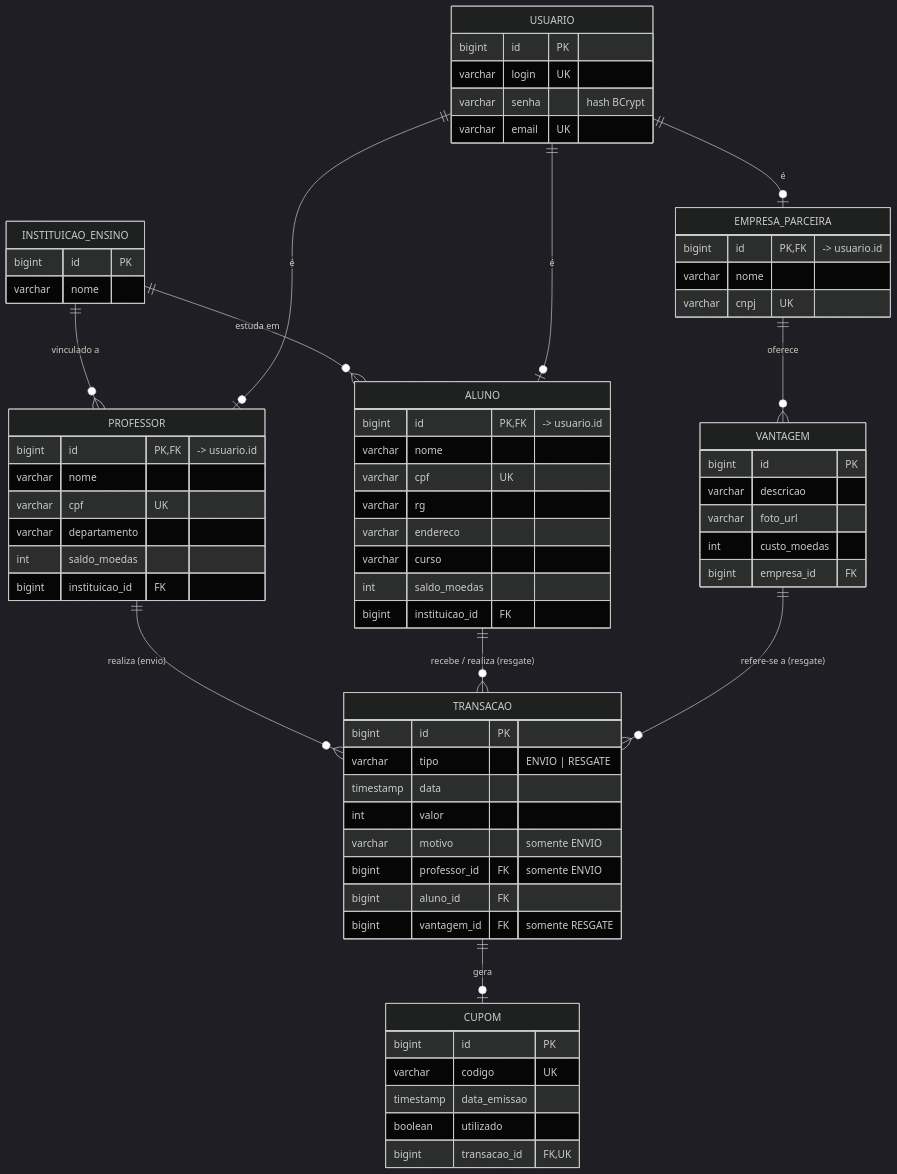
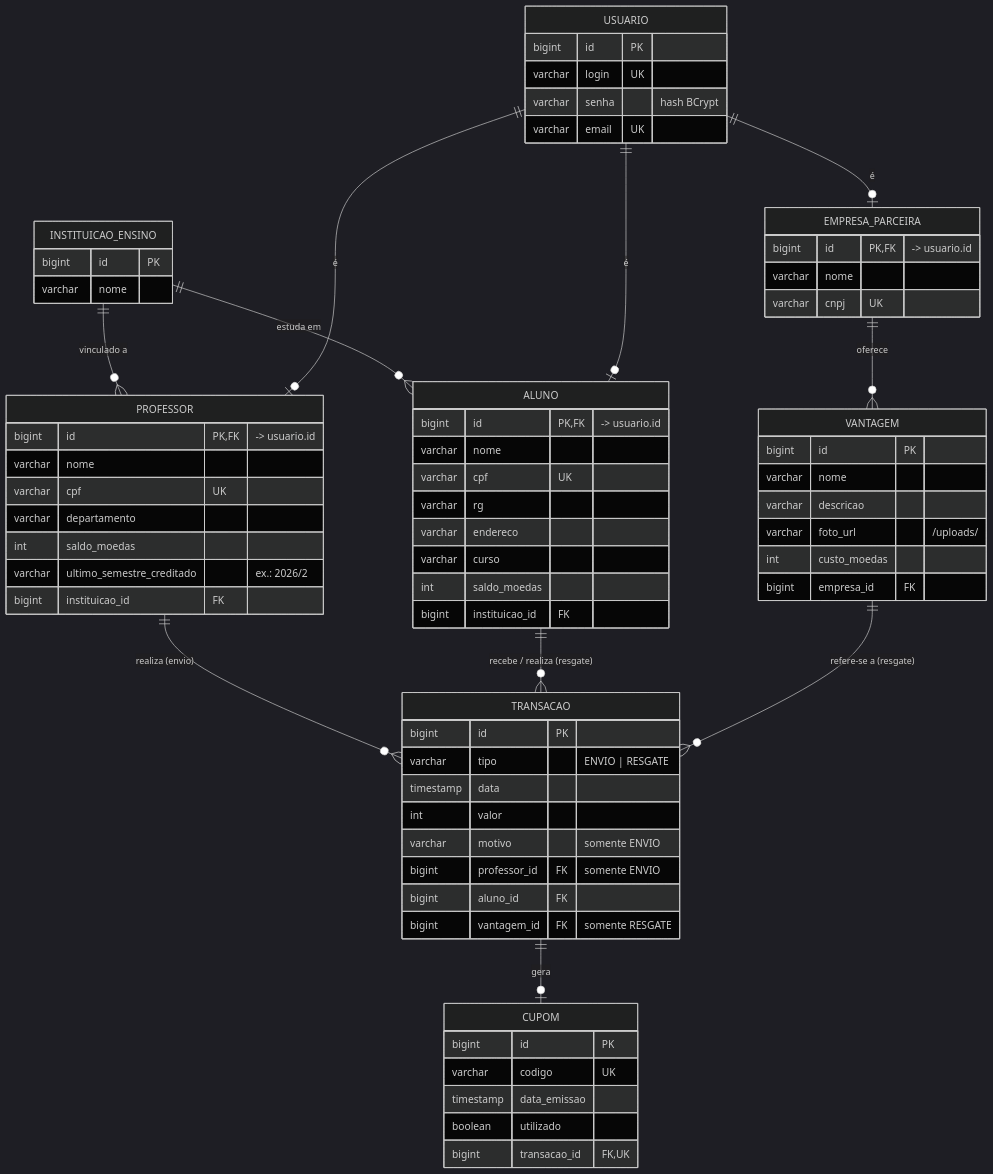
The diagram in docs/ModeloER.md (caiokfuri/lab3_projeto), drawn with Mermaid (dark theme) before and after one commit. The commit also changed other lines of this file and 88 other files, not shown here.

````diff
--- a/docs/ModeloER.md
+++ b/docs/ModeloER.md
@@ -5,71 +8,73 @@
 ```mermaid
 erDiagram
     INSTITUICAO_ENSINO ||--o{ ALUNO : "estuda em"
     INSTITUICAO_ENSINO ||--o{ PROFESSOR : "vinculado a"
     USUARIO ||--o| ALUNO : "é"
     USUARIO ||--o| PROFESSOR : "é"
     USUARIO ||--o| EMPRESA_PARCEIRA : "é"
     EMPRESA_PARCEIRA ||--o{ VANTAGEM : "oferece"
     PROFESSOR ||--o{ TRANSACAO : "realiza (envio)"
     ALUNO ||--o{ TRANSACAO : "recebe / realiza (resgate)"
     VANTAGEM ||--o{ TRANSACAO : "refere-se a (resgate)"
     TRANSACAO ||--o| CUPOM : "gera"
 
     INSTITUICAO_ENSINO {
         bigint id PK
         varchar nome
     }
     USUARIO {
         bigint id PK
         varchar login UK
         varchar senha "hash BCrypt"
         varchar email UK
     }
     ALUNO {
         bigint id PK, FK "-> usuario.id"
         varchar nome
         varchar cpf UK
         varchar rg
         varchar endereco
         varchar curso
         int saldo_moedas
         bigint instituicao_id FK
     }
     PROFESSOR {
         bigint id PK, FK "-> usuario.id"
         varchar nome
         varchar cpf UK
         varchar departamento
         int saldo_moedas
+        varchar ultimo_semestre_creditado "ex.: 2026/2"
         bigint instituicao_id FK
     }
     EMPRESA_PARCEIRA {
         bigint id PK, FK "-> usuario.id"
         varchar nome
         varchar cnpj UK
     }
     VANTAGEM {
         bigint id PK
+        varchar nome
         varchar descricao
-        varchar foto_url
+        varchar foto_url "/uploads/<arquivo>"
         int custo_moedas
         bigint empresa_id FK
     }
     TRANSACAO {
         bigint id PK
         varchar tipo "ENVIO | RESGATE"
         timestamp data
         int valor
         varchar motivo "somente ENVIO"
         bigint professor_id FK "somente ENVIO"
         bigint aluno_id FK
         bigint vantagem_id FK "somente RESGATE"
     }
     CUPOM {
         bigint id PK
         varchar codigo UK
         timestamp data_emissao
         boolean utilizado
         bigint transacao_id FK, UK
     }
 ```
````
